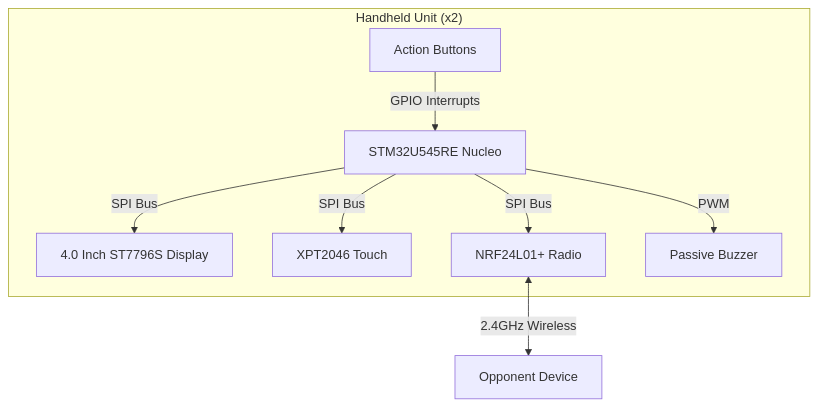
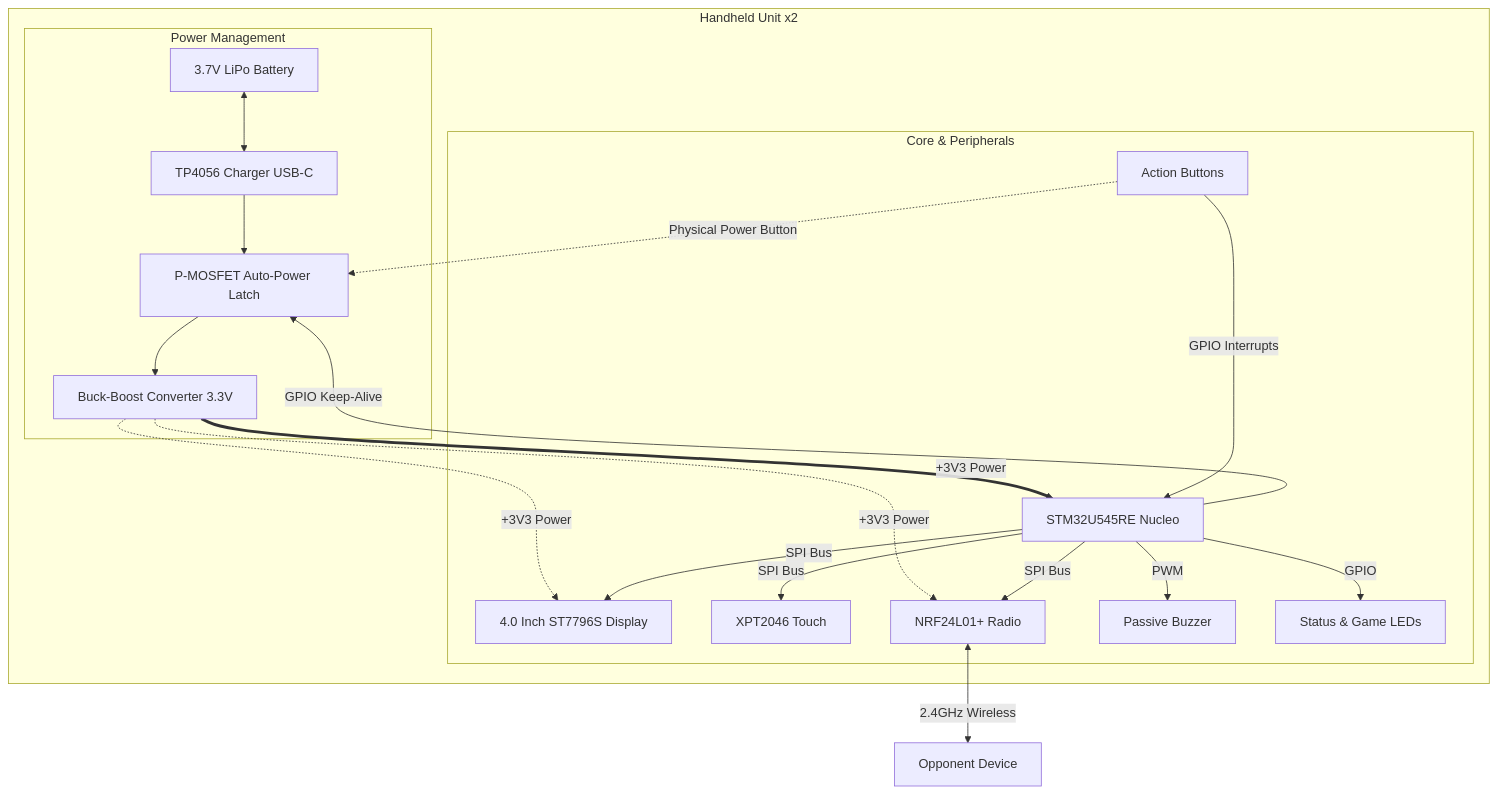
One commit to UPB-PMRust/website changed the diagram in website/versioned_docs/version-fils_en/project/2026/daniel.mirza/index.md. Above: the diagram before and after it, drawn with Mermaid. The commit also changed other lines of this file and 4 other files, not shown here.

````diff
--- a/website/versioned_docs/version-fils_en/project/2026/daniel.mirza/index.md
+++ b/website/versioned_docs/version-fils_en/project/2026/daniel.mirza/index.md
@@ -57,20 +57,47 @@
 ```mermaid
 graph TD
-    subgraph "Handheld Unit (x2)"
+    subgraph "Handheld Unit x2"
 
-    MCU["STM32U545RE Nucleo"]
-    DISP["4.0 Inch ST7796S Display"]
-    TOUCH["XPT2046 Touch"]
-    RADIO["NRF24L01+ Radio"]
-    BUZZ["Passive Buzzer"]
-    BTNS["Action Buttons"]
-    
-    MCU -->|SPI Bus| DISP
-    MCU -->|SPI Bus| TOUCH
-    MCU -->|SPI Bus| RADIO
-    MCU -->|PWM| BUZZ
-    BTNS -->|GPIO Interrupts| MCU
+        subgraph "Power Management"
+            BATT["3.7V LiPo Battery"]
+            TP4056["TP4056 Charger USB-C"]
+            LATCH["P-MOSFET Auto-Power Latch"]
+            REG["Buck-Boost Converter 3.3V"]
+
+            BATT <--> TP4056
+            TP4056 --> LATCH
+            LATCH --> REG
+        end
+
+        subgraph "Core & Peripherals"
+            MCU["STM32U545RE Nucleo"]
+            DISP["4.0 Inch ST7796S Display"]
+            TOUCH["XPT2046 Touch"]
+            RADIO["NRF24L01+ Radio"]
+            BUZZ["Passive Buzzer"]
+            BTNS["Action Buttons"]
+            LEDS["Status & Game LEDs"]
+        end
+
+        %% Power Routing
+        REG == +3V3 Power ==> MCU
+        REG -. +3V3 Power .-> DISP
+        REG -. +3V3 Power .-> RADIO
+
+        %% Data Routing
+        MCU -->|SPI Bus| DISP
+        MCU -->|SPI Bus| TOUCH
+        MCU -->|SPI Bus| RADIO
+        
+        MCU -->|PWM| BUZZ
+        MCU -->|GPIO| LEDS
+        BTNS -->|GPIO Interrupts| MCU
+        
+        %% The Latch Control
+        MCU -->|GPIO Keep-Alive| LATCH
+        BTNS -. Physical Power Button .-> LATCH
+
     end
     
     RADIO <-->|2.4GHz Wireless| RADIO2["Opponent Device"]
 ```
````
